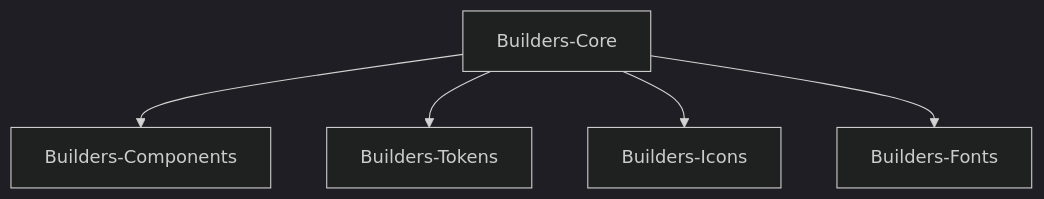
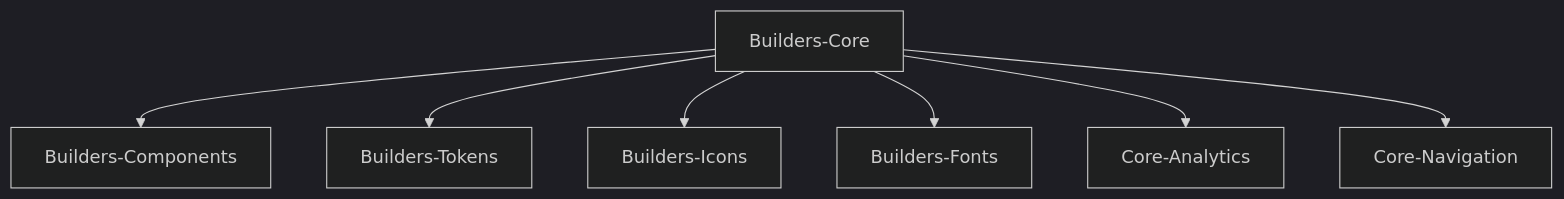
Before and after one commit to Bellfalasch/frontend-forum: the diagram in slides.md, drawn with Mermaid (dark theme). The commit also changed other lines of this file, not shown here.

````diff
--- a/slides.md
+++ b/slides.md
@@ -46,7 +46,9 @@
 ```mermaid
 graph TD;
     Builders-Core-->Builders-Components;
     Builders-Core-->Builders-Tokens;
     Builders-Core-->Builders-Icons;
     Builders-Core-->Builders-Fonts;
+    Builders-Core-->Core-Analytics;
+    Builders-Core-->Core-Navigation;
 ```
````
